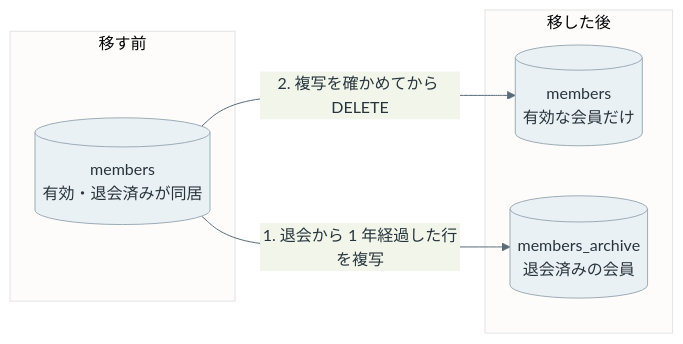
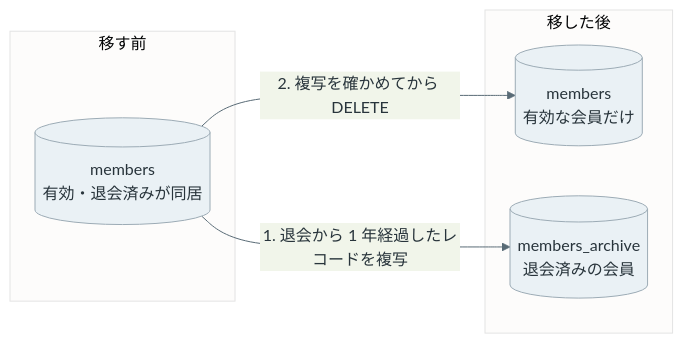
The sixth of 7 diagrams in content/notes/database-systems/soft-delete/index.md (nao1215/debimate), drawn with Mermaid before and after one commit. The commit also changed other lines of this file and 125 other files, not shown here.

````diff
--- a/content/notes/database-systems/soft-delete/index.md
+++ b/content/notes/database-systems/soft-delete/index.md
@@ -226,14 +230,14 @@
 ```mermaid
 %%{init: {"theme":"base","themeVariables":{"primaryColor":"#eaf1f5","primaryTextColor":"#28343b","primaryBorderColor":"#9cabb5","lineColor":"#596b76","textColor":"#28343b","actorBkg":"#eaf1f5","actorBorder":"#9cabb5","actorTextColor":"#28343b","actorLineColor":"#9cabb5","signalColor":"#596b76","signalTextColor":"#28343b","noteBkgColor":"#f7f1e5","noteBorderColor":"#c5b99b","noteTextColor":"#403c32","activationBkgColor":"#edf3ef","activationBorderColor":"#9aafa1"}}}%%
 flowchart LR
     subgraph before["移す前"]
         M1[(members<br/>有効・退会済みが同居)]
     end
     subgraph after["移した後"]
         M2[(members<br/>有効な会員だけ)]
         AR[(members_archive<br/>退会済みの会員)]
     end
-    M1 -->|"1. 退会から 1 年経過した行を複写"| AR
+    M1 -->|"1. 退会から 1 年経過したレコードを複写"| AR
     M1 -->|"2. 複写を確かめてから DELETE"| M2
     classDef default fill:#eaf1f5,stroke:#9cabb5,color:#28343b;
 ```
````
